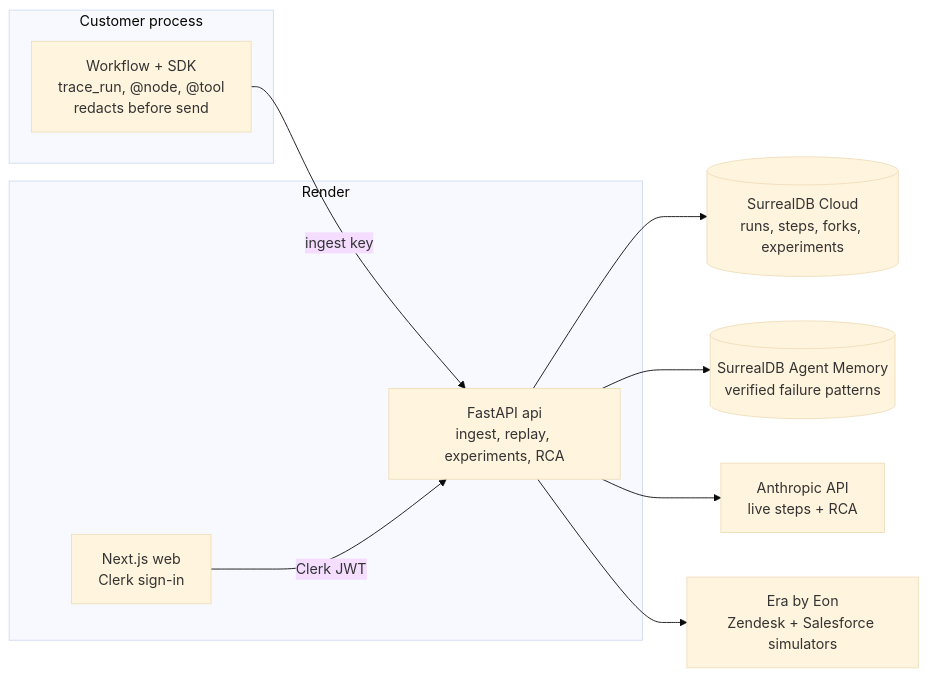
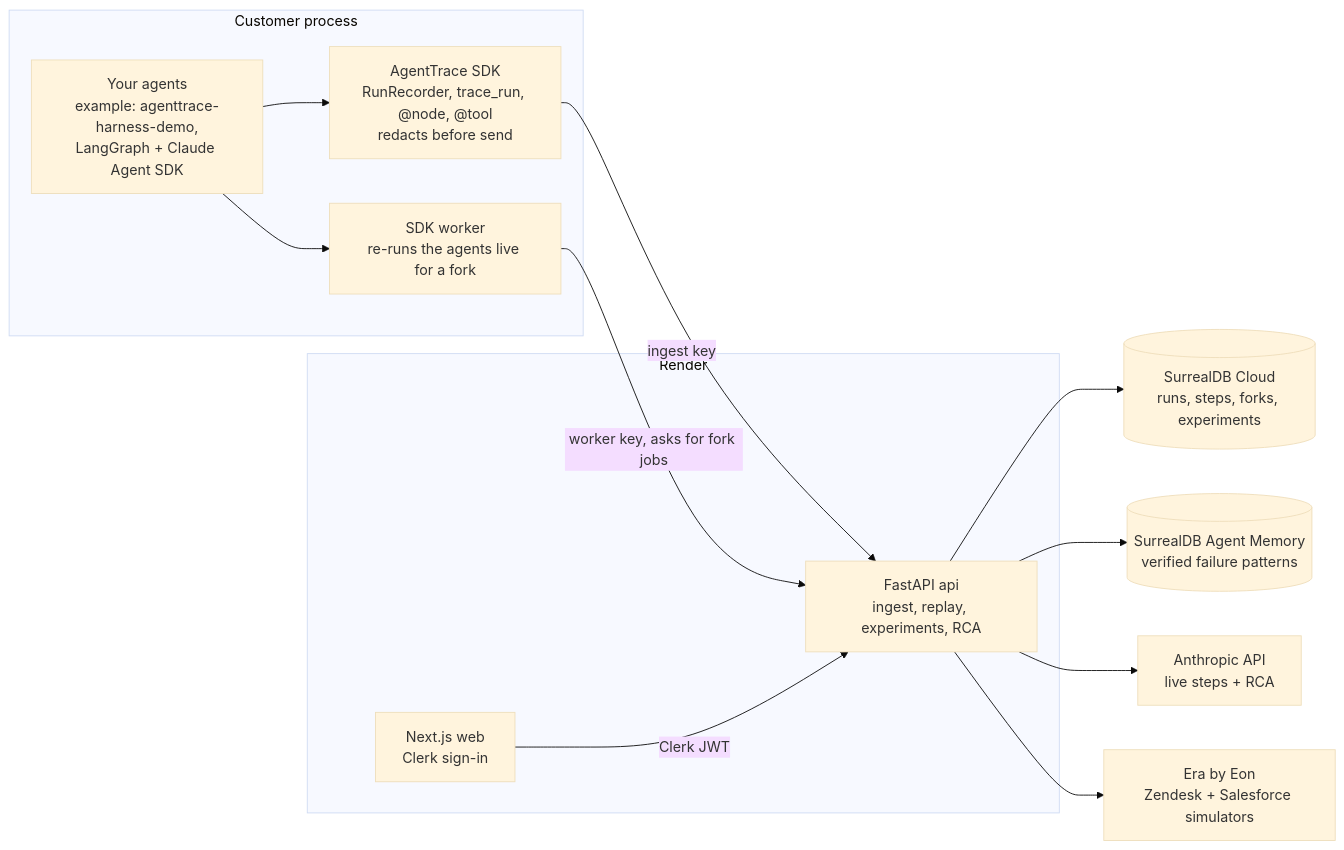
The diagram in README.md (AjayMaan13/AgentTrace), drawn with Mermaid (base theme) before and after one commit. The commit also changed other lines of this file, not shown here.

Commit message:
docs: link the example client and show it in the architecture diagram

````diff
--- a/README.md
+++ b/README.md
@@ -49,16 +50,21 @@
 ```mermaid
 flowchart LR
   subgraph Customer process
-    W[Workflow + SDK<br/>trace_run, @node, @tool<br/>redacts before send]
+    G["Your agents<br/>example: agenttrace-harness-demo,<br/>LangGraph + Claude Agent SDK"]
+    W["AgentTrace SDK<br/>RunRecorder, trace_run, @node, @tool<br/>redacts before send"]
+    WK["SDK worker<br/>re-runs the agents live for a fork"]
+    G --> W
+    G --> WK
   end
   subgraph Render
     API[FastAPI api<br/>ingest, replay, experiments, RCA]
     WEB[Next.js web<br/>Clerk sign-in]
   end
   W -- ingest key --> API
+  WK -- worker key, asks for fork jobs --> API
   WEB -- Clerk JWT --> API
   API --> DB[(SurrealDB Cloud<br/>runs, steps, forks, experiments)]
   API --> MEM[(SurrealDB Agent Memory<br/>verified failure patterns)]
   API --> LLM[Anthropic API<br/>live steps + RCA]
   API --> ERA[Era by Eon<br/>Zendesk + Salesforce simulators]
 ```
````
